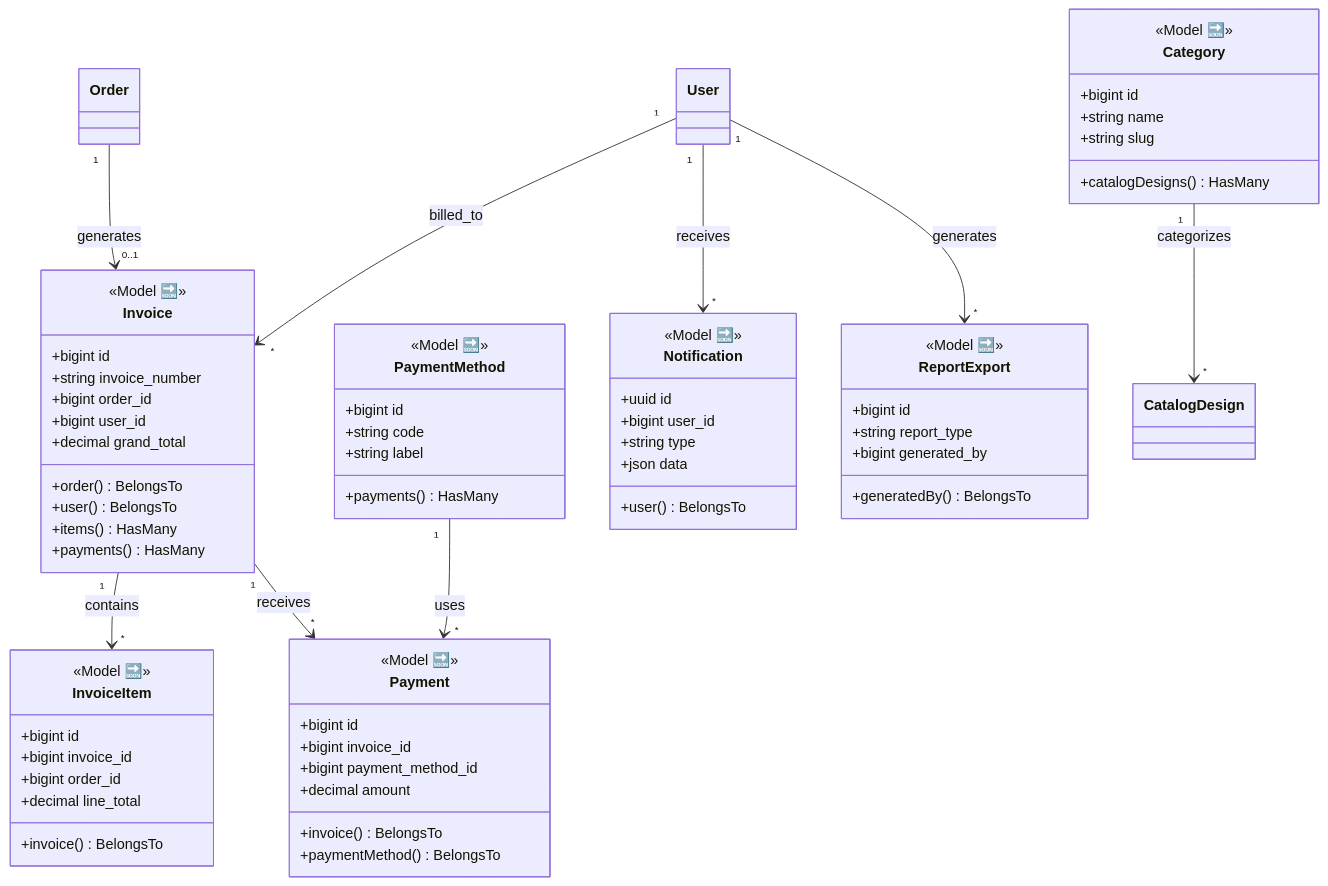
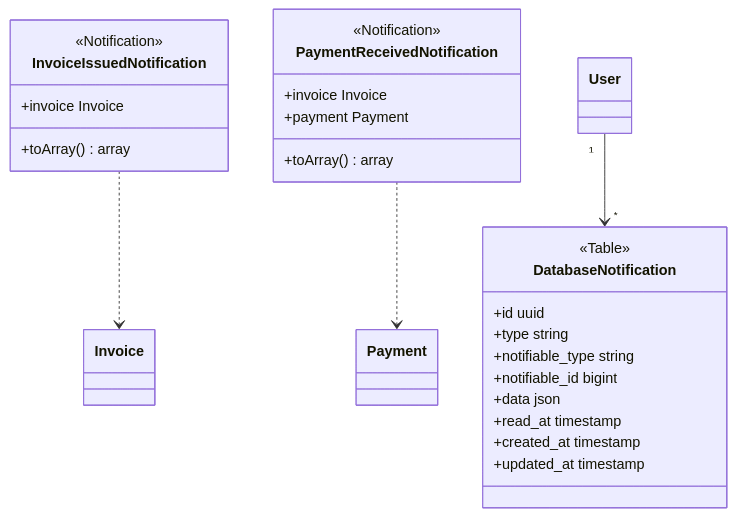
Before and after one commit to dilshankum95/rajabharana-jewellery-management-system: the sixth of 8 diagrams in docs/CLASS_DIAGRAM.md, drawn with Mermaid. The commit also changed other lines of this file and 112 other files, not shown here.

````diff
--- a/docs/CLASS_DIAGRAM.md
+++ b/docs/CLASS_DIAGRAM.md
@@ -379,78 +340,29 @@
 ```mermaid
 classDiagram
     direction TB
-
-    class Invoice {
-        <<Model 🔜>>
-        +bigint id
-        +string invoice_number
-        +bigint order_id
-        +bigint user_id
-        +decimal grand_total
-        +order() BelongsTo
-        +user() BelongsTo
-        +items() HasMany
-        +payments() HasMany
+    class DatabaseNotification {
+        <<Table>>
+        +id uuid
+        +type string
+        +notifiable_type string
+        +notifiable_id bigint
+        +data json
+        +read_at timestamp
+        +created_at timestamp
+        +updated_at timestamp
     }
-
-    class InvoiceItem {
-        <<Model 🔜>>
-        +bigint id
-        +bigint invoice_id
-        +bigint order_id
-        +decimal line_total
-        +invoice() BelongsTo
+    class InvoiceIssuedNotification {
+        <<Notification>>
+        +invoice Invoice
+        +toArray() array
     }
-
-    class Payment {
-        <<Model 🔜>>
-        +bigint id
-        +bigint invoice_id
-        +bigint payment_method_id
-        +decimal amount
-        +invoice() BelongsTo
-        +paymentMethod() BelongsTo
+    class PaymentReceivedNotification {
+        <<Notification>>
+        +invoice Invoice
+        +payment Payment
+        +toArray() array
     }
-
-    class PaymentMethod {
-        <<Model 🔜>>
-        +bigint id
-        +string code
-        +string label
-        +payments() HasMany
-    }
-
-    class Notification {
-        <<Model 🔜>>
-        +uuid id
-        +bigint user_id
-        +string type
-        +json data
-        +user() BelongsTo
-    }
-
-    class Category {
-        <<Model 🔜>>
-        +bigint id
-        +string name
-        +string slug
-        +catalogDesigns() HasMany
-    }
-
-    class ReportExport {
-        <<Model 🔜>>
-        +bigint id
-        +string report_type
-        +bigint generated_by
-        +generatedBy() BelongsTo
-    }
-
-    Order "1" --> "0..1" Invoice : generates
-    User "1" --> "*" Invoice : billed_to
-    Invoice "1" --> "*" InvoiceItem : contains
-    Invoice "1" --> "*" Payment : receives
-    PaymentMethod "1" --> "*" Payment : uses
-    User "1" --> "*" Notification : receives
-    Category "1" --> "*" CatalogDesign : categorizes
-    User "1" --> "*" ReportExport : generates
+    User "1" --> "*" DatabaseNotification
+    InvoiceIssuedNotification ..> Invoice
+    PaymentReceivedNotification ..> Payment
 ```
````
